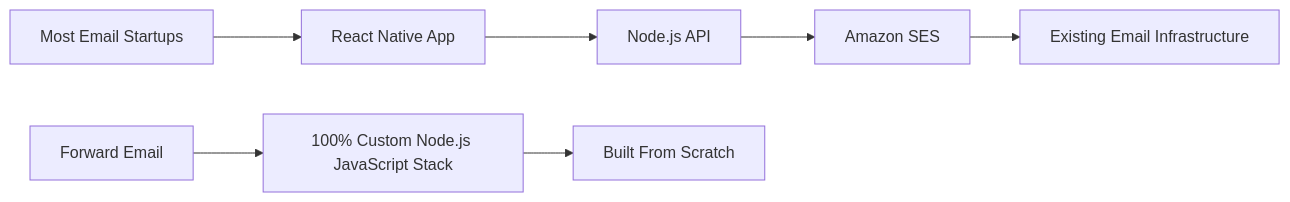
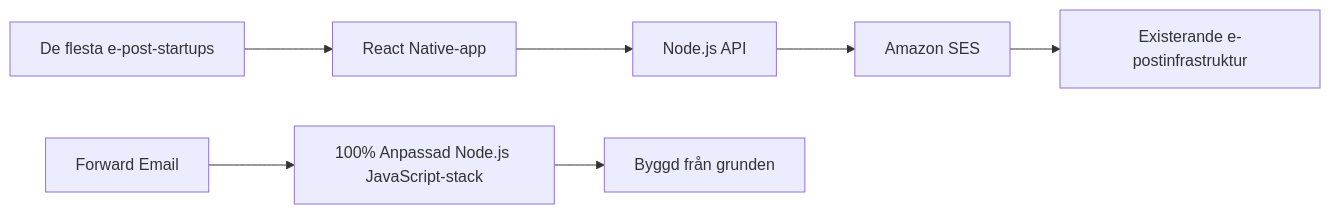
The fourth of 10 diagrams in app/views/docs/email-startup-graveyard-why-80-percent-email-companies-fail/index-sv.md (forwardemail/forwardemail.net), drawn with Mermaid before and after one commit. The commit also changed other lines of this file and 1055 other files, not shown here.

````diff
--- a/app/views/docs/email-startup-graveyard-why-80-percent-email-companies-fail/index-sv.md
+++ b/app/views/docs/email-startup-graveyard-why-80-percent-email-companies-fail/index-sv.md
@@ -301,10 +301,10 @@
 ```mermaid
 graph LR
-    A[Most Email Startups] --> B[React Native App]
+    A[De flesta e-post-startups] --> B[React Native-app]
     B --> C[Node.js API]
     C --> D[Amazon SES]
-    D --> E[Existing Email Infrastructure]
+    D --> E[Existerande e-postinfrastruktur]
 
-    F[Forward Email] --> G[100% Custom Node.js JavaScript Stack]
-    G --> H[Built From Scratch]
+    F[Forward Email] --> G[100% Anpassad Node.js JavaScript-stack]
+    G --> H[Byggd från grunden]
 ```
````
